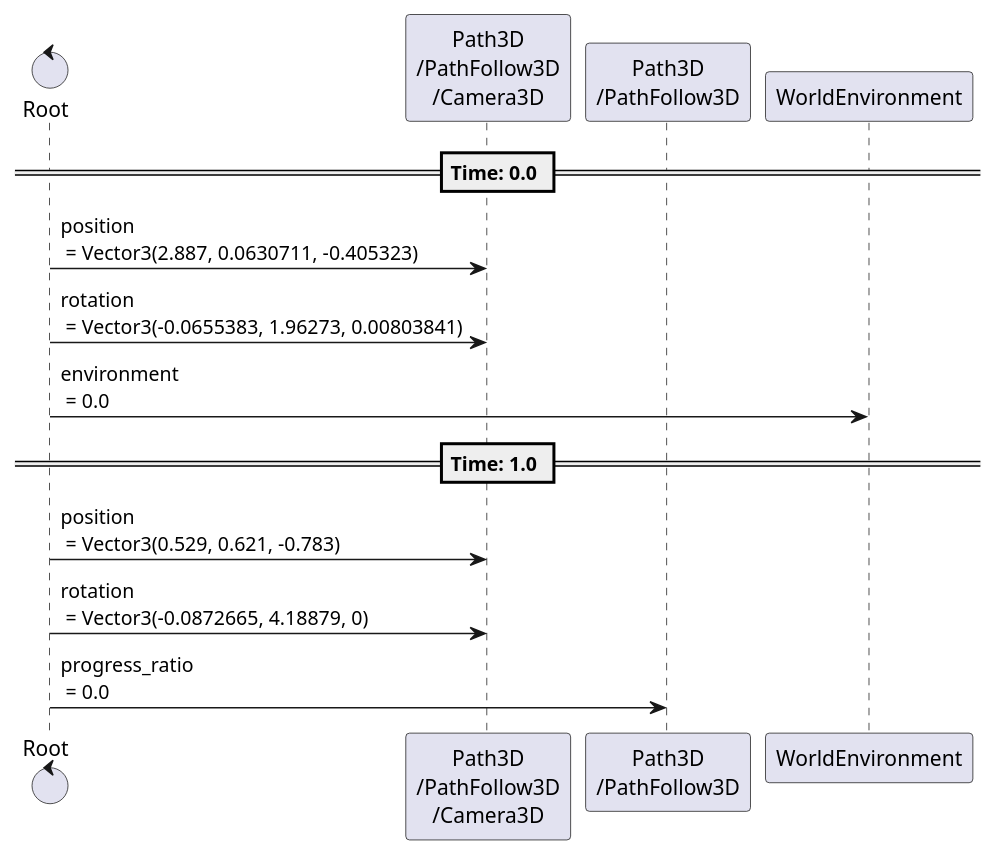
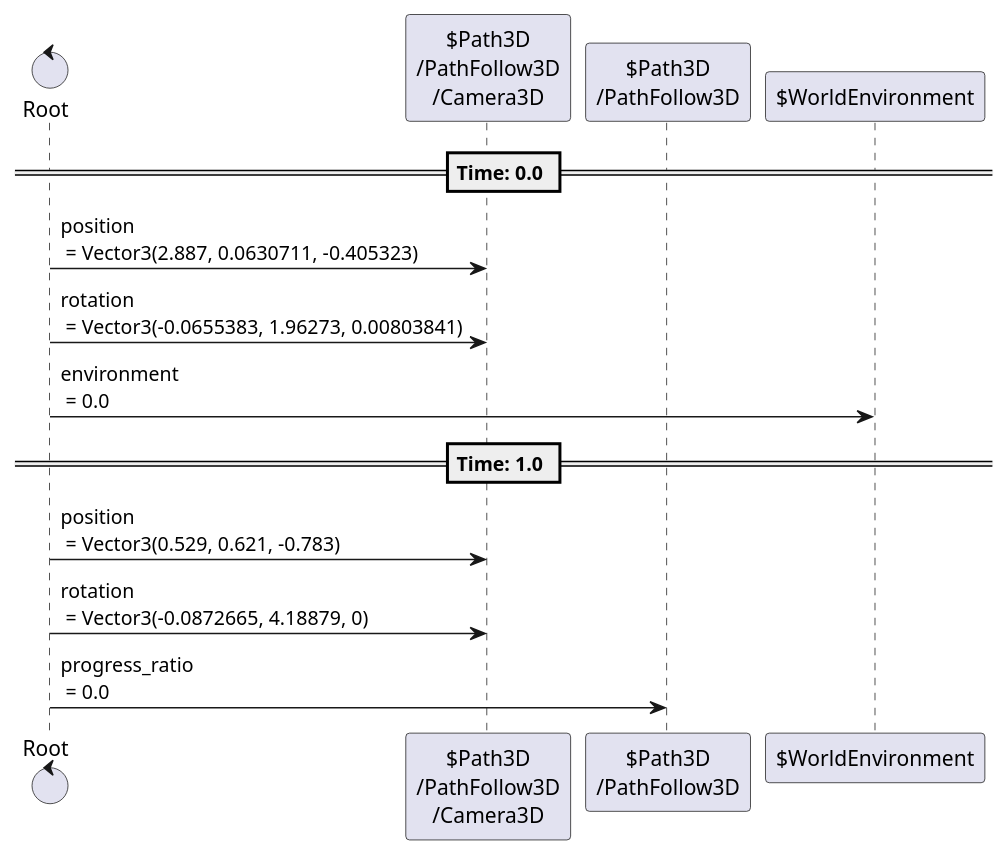
Before and after one commit to tkmfujise/Platformer-Game-Learning: the third of 23 diagrams in content/scenes/src/world/world.tscn.adoc, drawn with PlantUML. The commit also changed other lines of this file and 31 other files, not shown here.

Commit message:
Add prefix $ to node name in animation sequences

```diff
--- a/content/scenes/src/world/world.tscn.adoc
+++ b/content/scenes/src/world/world.tscn.adoc
@@ -136,20 +136,20 @@
 [plantuml]
 ....
-control "Root" as Root
-participant "Path3D\n/PathFollow3D\n/Camera3D" as T0
-participant "Path3D\n/PathFollow3D" as T2
-participant "WorldEnvironment" as T3
+control "Root" as R
+participant "$Path3D\n/PathFollow3D\n/Camera3D" as T0
+participant "$Path3D\n/PathFollow3D" as T2
+participant "$WorldEnvironment" as T3
 
 
 
 == Time: 0.0 ==
-Root  ->  T0 : position\n = Vector3(2.887, 0.0630711, -0.405323)
-Root  ->  T0 : rotation\n = Vector3(-0.0655383, 1.96273, 0.00803841)
-Root  ->  T3 : environment\n = 0.0
+R  ->  T0 : position\n = Vector3(2.887, 0.0630711, -0.405323)
+R  ->  T0 : rotation\n = Vector3(-0.0655383, 1.96273, 0.00803841)
+R  ->  T3 : environment\n = 0.0
 == Time: 1.0 ==
-Root  ->  T0 : position\n = Vector3(0.529, 0.621, -0.783)
-Root  ->  T0 : rotation\n = Vector3(-0.0872665, 4.18879, 0)
-Root  ->  T2 : progress_ratio\n = 0.0
+R  ->  T0 : position\n = Vector3(0.529, 0.621, -0.783)
+R  ->  T0 : rotation\n = Vector3(-0.0872665, 4.18879, 0)
+R  ->  T2 : progress_ratio\n = 0.0
 
 
 ....
```
